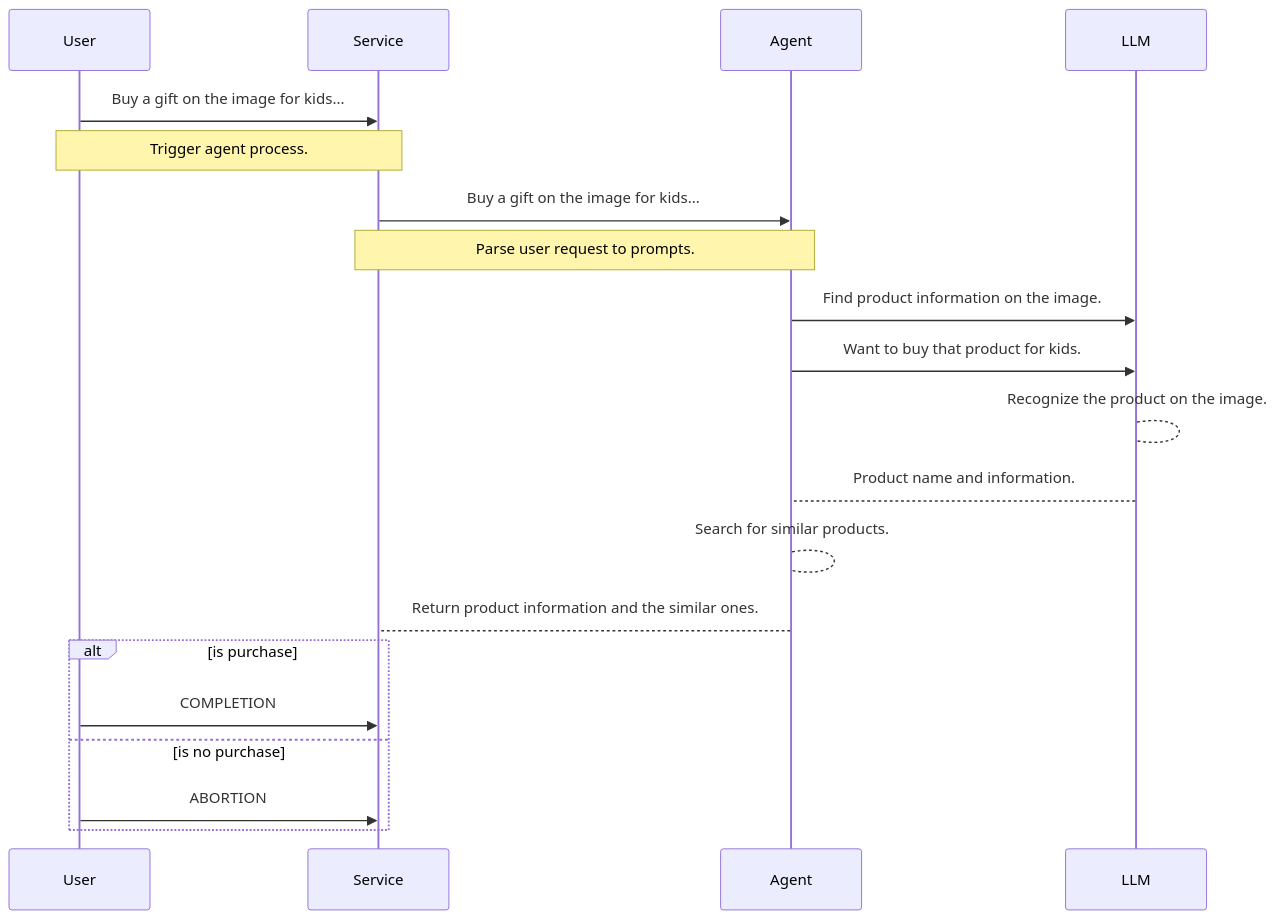
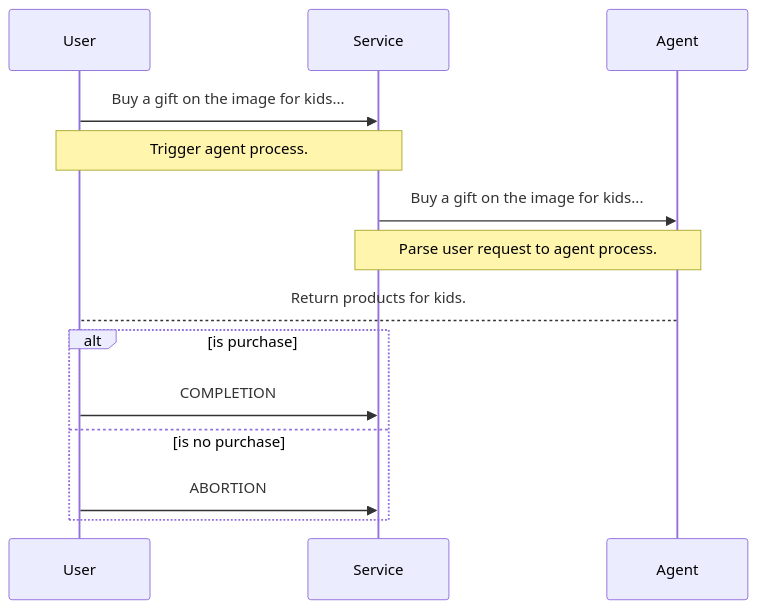
One commit to yueguoguo/yueguoguo.github.io changed the third of 4 diagrams in _posts/2024-11-31-service-as-a-software.md. Above: the diagram before and after it, drawn with Mermaid. The commit also changed other lines of this file, not shown here.

Commit message:
update diagrams

```diff
--- a/_posts/2024-11-31-service-as-a-software.md
+++ b/_posts/2024-11-31-service-as-a-software.md
@@ -187,18 +188,13 @@
 <div class="mermaid">
 sequenceDiagram
     User->>Service: Buy a gift on the image for kids...
     Note over User,Service: Trigger agent process.
     Service->>Agent: Buy a gift on the image for kids...
-    Note over Service,Agent: Parse user request to prompts.
-    Agent->>LLM: Find product information on the image.
-    Agent->>LLM: Want to buy that product for kids.
-    LLM-->LLM: Recognize the product on the image. 
-    LLM-->Agent: Product name and information.
-    Agent-->Agent: Search for similar products.
-    Agent-->Service: Return product information and the similar ones.
+    Note over Service,Agent: Parse user request to agent process.
+    Agent-->User: Return products for kids.
     alt is purchase
         User->>Service: COMPLETION
     else is no purchase
         User->>Service: ABORTION
     end
 </div>
```
